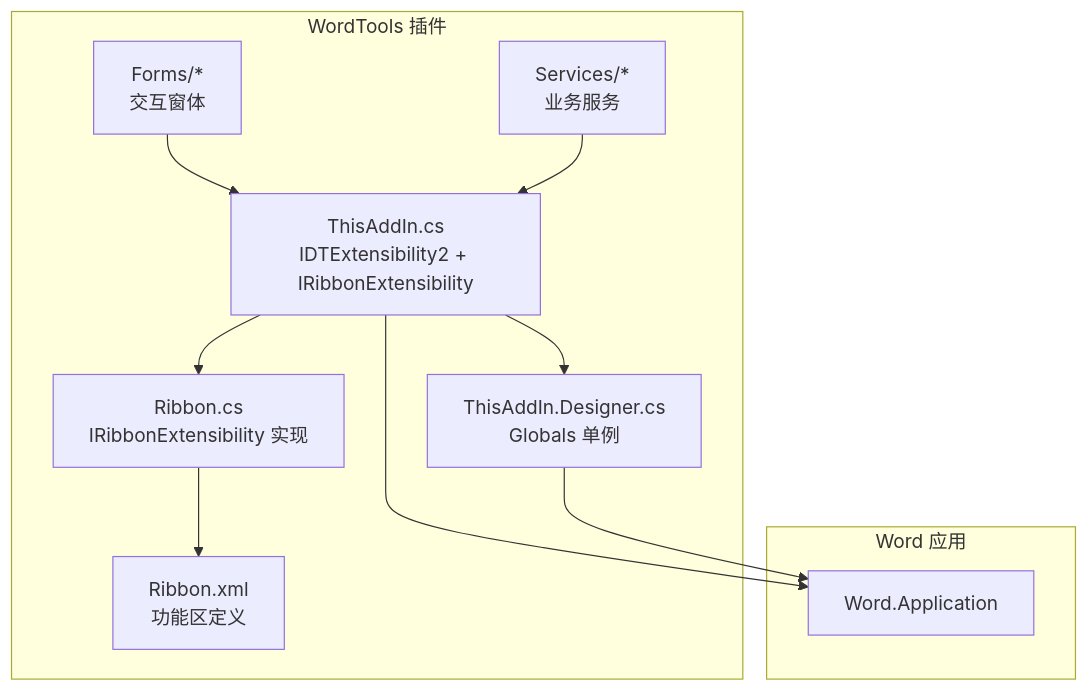
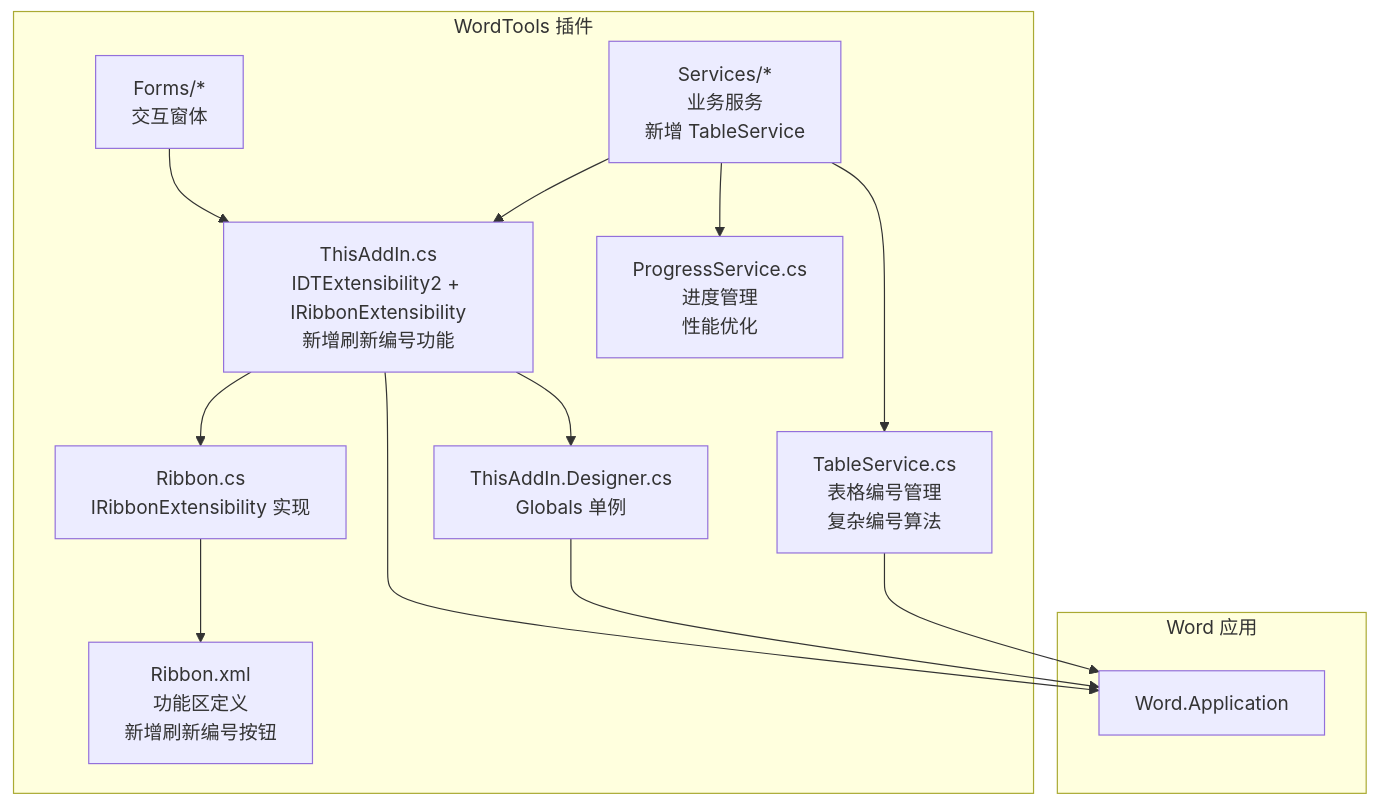
The first of 7 diagrams in .qoder/repowiki/zh/content/架构设计/插件入口点.md (rainiva/WordTools), drawn with Mermaid before and after one commit. The commit also changed other lines of this file and 12 other files, not shown here.

````diff
--- a/.qoder/repowiki/zh/content/架构设计/插件入口点.md
+++ b/.qoder/repowiki/zh/content/架构设计/插件入口点.md
@@ -41,21 +55,26 @@
 ```mermaid
 graph TB
 subgraph "WordTools 插件"
-A["ThisAddIn.cs<br/>IDTExtensibility2 + IRibbonExtensibility"]
+A["ThisAddIn.cs<br/>IDTExtensibility2 + IRibbonExtensibility<br/>新增刷新编号功能"]
 B["ThisAddIn.Designer.cs<br/>Globals 单例"]
 C["Ribbon.cs<br/>IRibbonExtensibility 实现"]
-D["Ribbon.xml<br/>功能区定义"]
+D["Ribbon.xml<br/>功能区定义<br/>新增刷新编号按钮"]
 E["Forms/*<br/>交互窗体"]
-F["Services/*<br/>业务服务"]
+F["Services/*<br/>业务服务<br/>新增 TableService"]
+G["TableService.cs<br/>表格编号管理<br/>复杂编号算法"]
+H["ProgressService.cs<br/>进度管理<br/>性能优化"]
 end
 subgraph "Word 应用"
 W["Word.Application"]
 end
 A --> W
 B --> W
 C --> D
 A --> C
 A --> B
 E --> A
 F --> A
+F --> G
+F --> H
+G --> W
 ```
````
